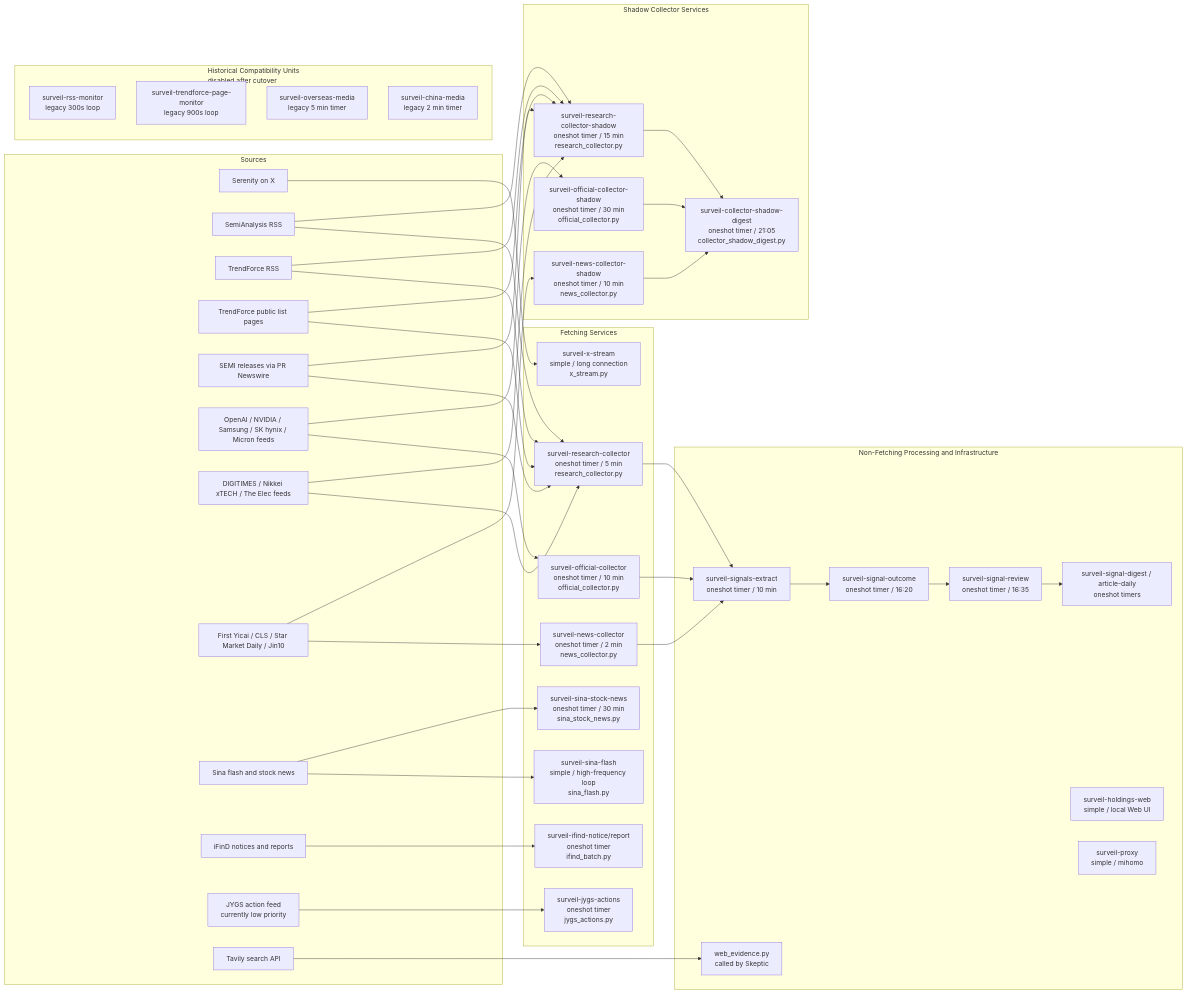
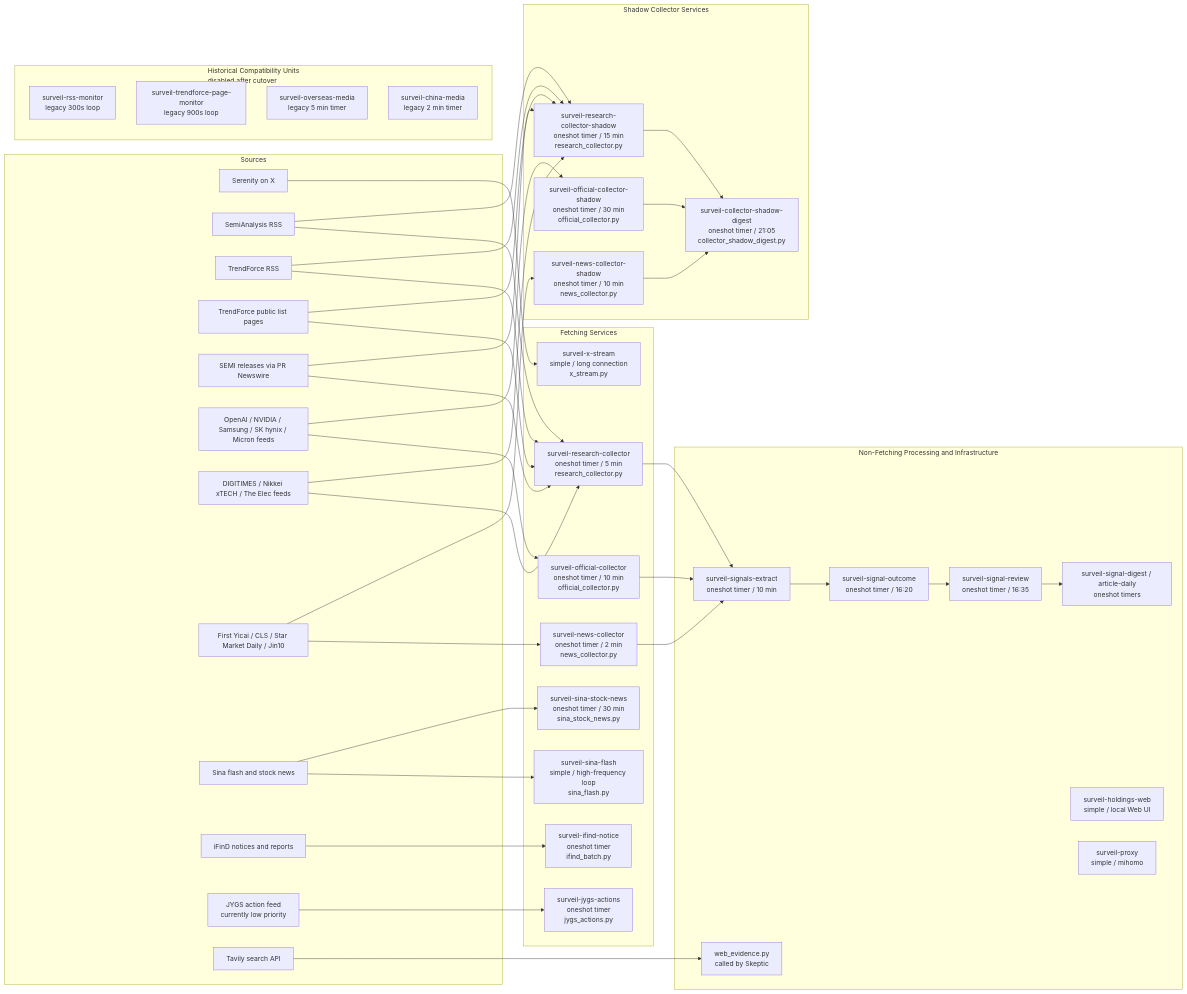
The second of 5 diagrams in docs/architecture-flow.md (Stayfoool/MarketPulseWire), drawn with Mermaid before and after one commit. The commit also changed other lines of this file and 19 other files, not shown here.

````diff
--- a/docs/architecture-flow.md
+++ b/docs/architecture-flow.md
@@ -124,80 +124,80 @@
 ```mermaid
 flowchart LR
     subgraph Sources["Sources"]
         Serenity["Serenity on X"]
         SemiAnalysis["SemiAnalysis RSS"]
         TrendRSS["TrendForce RSS"]
         TrendPages["TrendForce public list pages"]
         SemiPR["SEMI releases via PR Newswire"]
         CompanyFeeds["OpenAI / NVIDIA / Samsung / SK hynix / Micron feeds"]
         OverseasFeeds["DIGITIMES / Nikkei xTECH / The Elec feeds"]
         Domestic["First Yicai / CLS / Star Market Daily / Jin10"]
         Sina["Sina flash and stock news"]
         IfindSource["iFinD notices and reports"]
         JYGSSource["JYGS action feed<br/>currently low priority"]
         EvidenceAPI["Tavily search API"]
     end
 
     subgraph FetchingServices["Fetching Services"]
         XSvc["surveil-x-stream<br/>simple / long connection<br/>x_stream.py"]
         ResearchProd["surveil-research-collector<br/>oneshot timer / 5 min<br/>research_collector.py"]
         OfficialProd["surveil-official-collector<br/>oneshot timer / 10 min<br/>official_collector.py"]
         NewsProd["surveil-news-collector<br/>oneshot timer / 2 min<br/>news_collector.py"]
         SinaFlashSvc["surveil-sina-flash<br/>simple / high-frequency loop<br/>sina_flash.py"]
         SinaStockSvc["surveil-sina-stock-news<br/>oneshot timer / 30 min<br/>sina_stock_news.py"]
-        IfindSvc["surveil-ifind-notice/report<br/>oneshot timer<br/>ifind_batch.py"]
+        IfindSvc["surveil-ifind-notice<br/>oneshot timer<br/>ifind_batch.py"]
         JYGSSvc["surveil-jygs-actions<br/>oneshot timer<br/>jygs_actions.py"]
     end
 
     subgraph LegacyServices["Historical Compatibility Units<br/>disabled after cutover"]
         RSSSvc["surveil-rss-monitor<br/>legacy 300s loop"]
         TrendSvc["surveil-trendforce-page-monitor<br/>legacy 900s loop"]
         OverseasSvc["surveil-overseas-media<br/>legacy 5 min timer"]
         ChinaSvc["surveil-china-media<br/>legacy 2 min timer"]
     end
 
     subgraph ShadowServices["Shadow Collector Services"]
         ResearchShadow["surveil-research-collector-shadow<br/>oneshot timer / 15 min<br/>research_collector.py"]
         OfficialShadow["surveil-official-collector-shadow<br/>oneshot timer / 30 min<br/>official_collector.py"]
         NewsShadow["surveil-news-collector-shadow<br/>oneshot timer / 10 min<br/>news_collector.py"]
         ShadowDigest["surveil-collector-shadow-digest<br/>oneshot timer / 21:05<br/>collector_shadow_digest.py"]
     end
 
     subgraph ProcessingServices["Non-Fetching Processing and Infrastructure"]
         SignalExtractSvc["surveil-signals-extract<br/>oneshot timer / 10 min"]
         OutcomeSvc["surveil-signal-outcome<br/>oneshot timer / 16:20"]
         ReviewSvc["surveil-signal-review<br/>oneshot timer / 16:35"]
         DigestSvc["surveil-signal-digest / article-daily<br/>oneshot timers"]
         WebSvc["surveil-holdings-web<br/>simple / local Web UI"]
         ProxySvc["surveil-proxy<br/>simple / mihomo"]
         EvidenceMod["web_evidence.py<br/>called by Skeptic"]
     end
 
     Serenity --> XSvc
     SemiAnalysis --> ResearchProd
     SemiAnalysis --> ResearchShadow
     TrendRSS --> ResearchProd
     TrendRSS --> ResearchShadow
     CompanyFeeds --> OfficialProd
     CompanyFeeds --> OfficialShadow
     TrendPages --> ResearchProd
     TrendPages --> ResearchShadow
     SemiPR --> ResearchProd
     SemiPR --> ResearchShadow
     OverseasFeeds --> ResearchProd
     OverseasFeeds --> ResearchShadow
     Domestic --> NewsProd
     Domestic --> NewsShadow
     Sina --> SinaFlashSvc
     Sina --> SinaStockSvc
     IfindSource --> IfindSvc
     JYGSSource --> JYGSSvc
     EvidenceAPI --> EvidenceMod
     ResearchProd --> SignalExtractSvc
     OfficialProd --> SignalExtractSvc
     NewsProd --> SignalExtractSvc
     ResearchShadow --> ShadowDigest
     OfficialShadow --> ShadowDigest
     NewsShadow --> ShadowDigest
     SignalExtractSvc --> OutcomeSvc --> ReviewSvc --> DigestSvc
 ```
````
